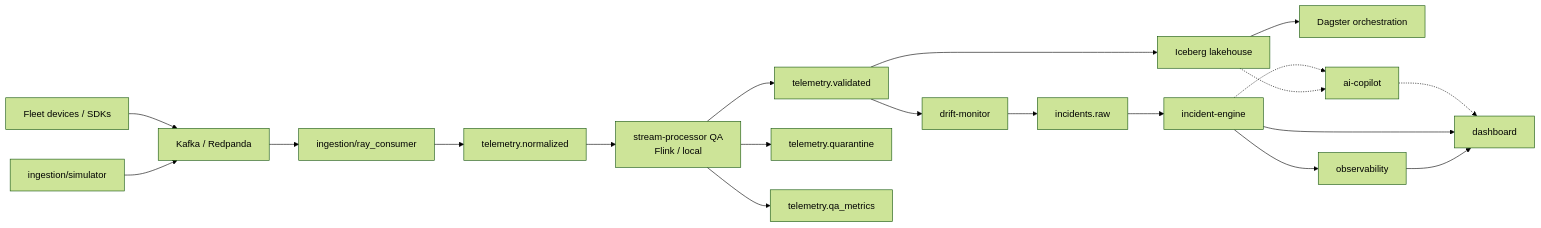
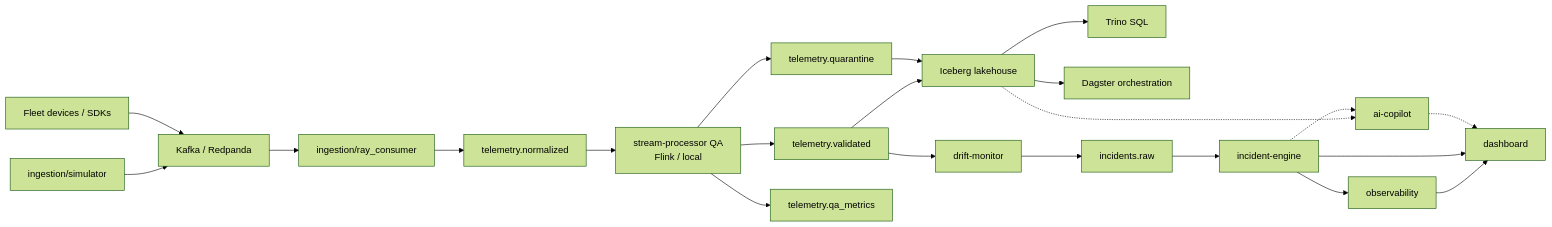
The diagram in README.md (hamidmatiny/Argus), drawn with Mermaid (forest theme) before and after one commit. The commit also changed other lines of this file and 26 other files, not shown here.

````diff
--- a/README.md
+++ b/README.md
@@ -7,22 +7,24 @@
 ```mermaid
 flowchart LR
   Sim["ingestion/simulator"] --> Kafka["Kafka / Redpanda"]
   Devices["Fleet devices / SDKs"] --> Kafka
   Kafka --> Ray["ingestion/ray_consumer"]
   Ray --> Norm["telemetry.normalized"]
   Norm --> QA["stream-processor QA<br/>Flink / local"]
   QA --> Val["telemetry.validated"]
   QA --> Quar["telemetry.quarantine"]
   QA --> Metrics["telemetry.qa_metrics"]
   Val --> Iceberg["Iceberg lakehouse"]
+  Quar --> Iceberg
   Val --> Drift["drift-monitor"]
+  Iceberg --> Trino["Trino SQL"]
   Iceberg --> Dagster["Dagster orchestration"]
   Drift --> IncRaw["incidents.raw"]
   IncRaw --> Incidents["incident-engine"]
   Incidents --> OTel["observability"]
   OTel --> UI["dashboard"]
   Incidents --> UI
   Iceberg -.-> Copilot["ai-copilot"]
   Incidents -.-> Copilot
   Copilot -.-> UI
 ```
````
